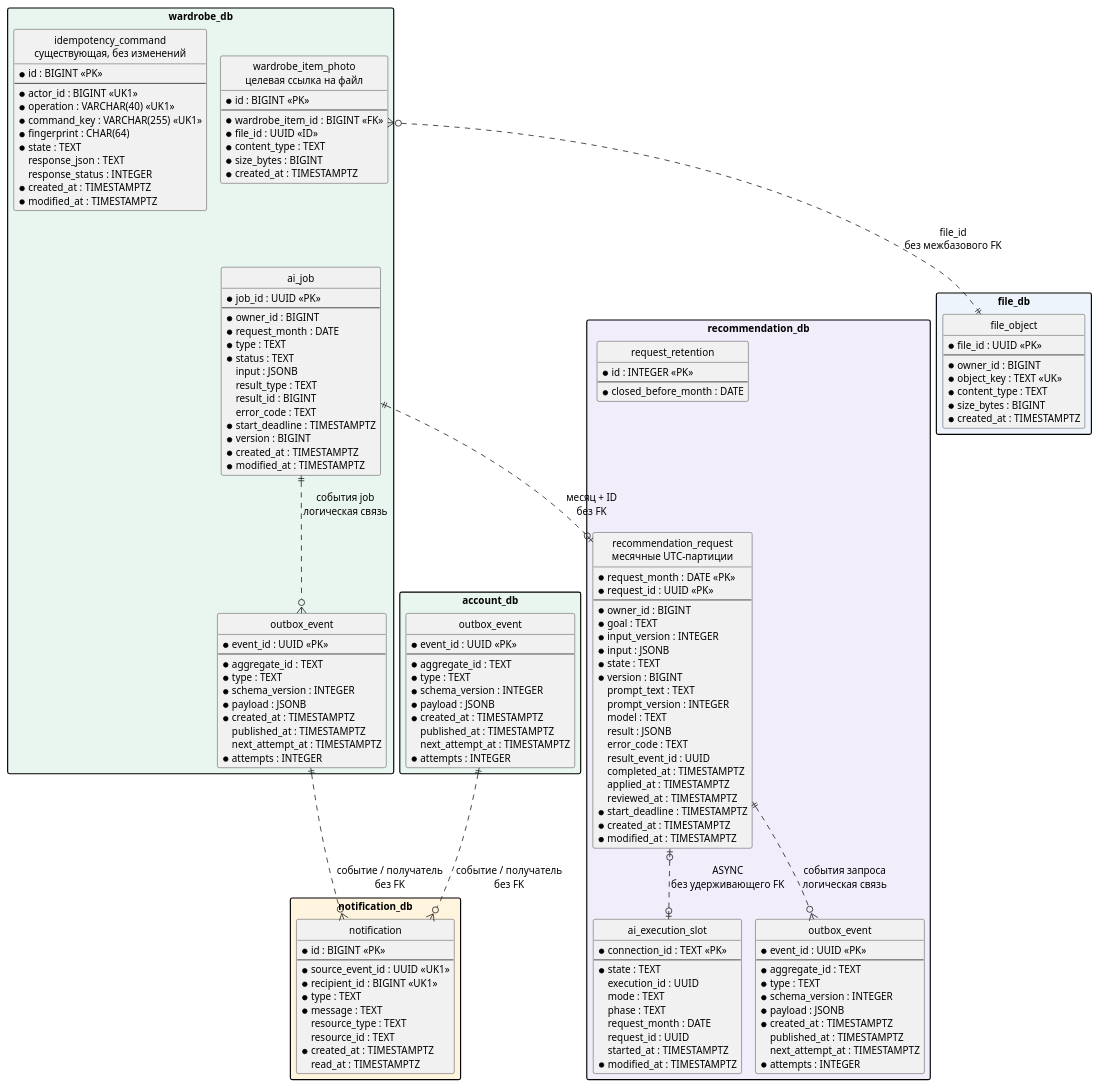
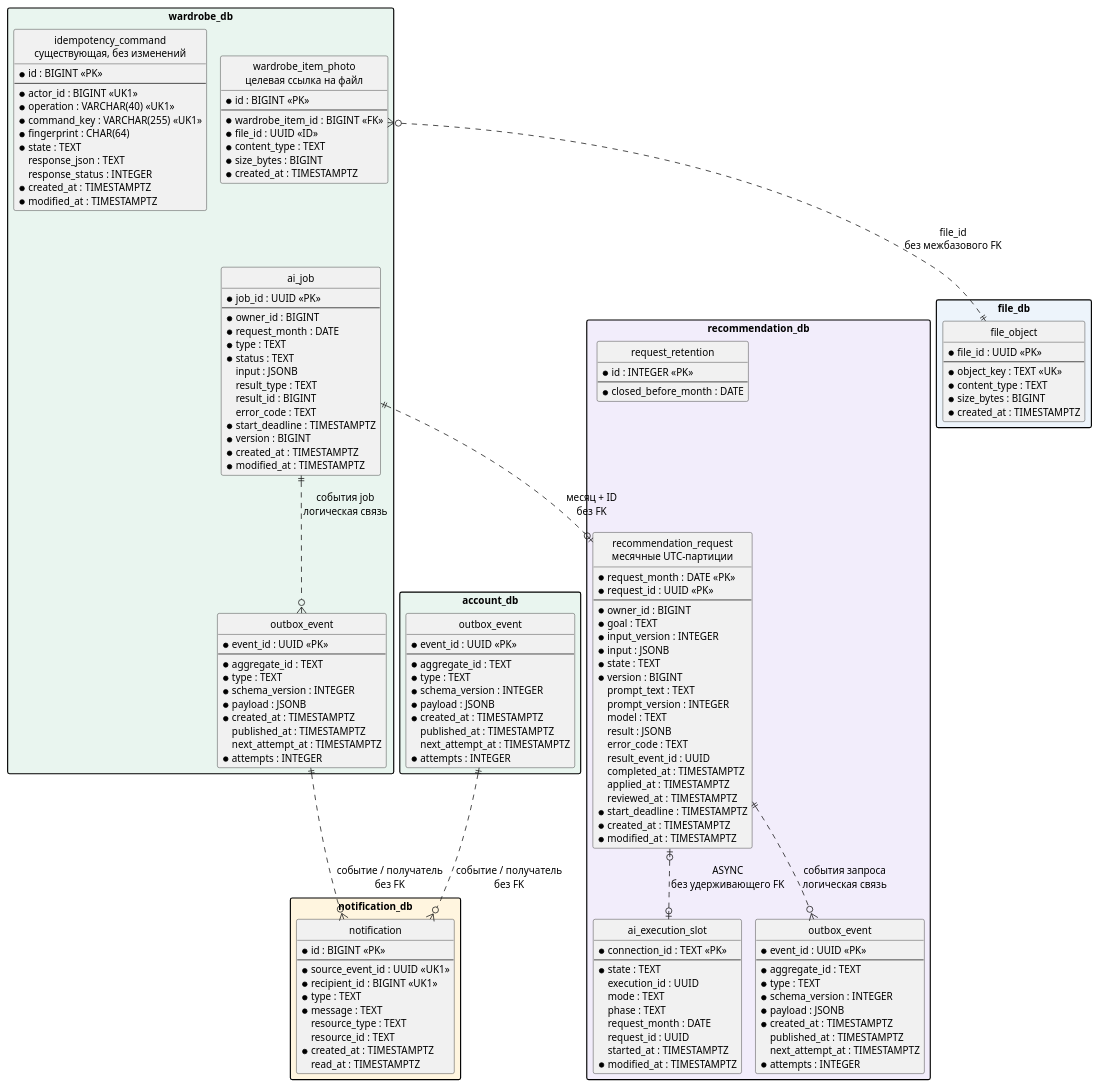
Before and after one commit to SimeonGor/clothes-advisor: the diagram in docs/lab4/diagrams/data.puml, drawn with PlantUML. The commit also changed 21 other files, not shown here.

```diff
--- a/docs/lab4/diagrams/data.puml
+++ b/docs/lab4/diagrams/data.puml
@@ -1,165 +1,164 @@
 @startuml data
 !pragma layout smetana
 skinparam backgroundColor #FFFFFF
 skinparam defaultFontName SansSerif
 skinparam defaultFontSize 13
 skinparam shadowing false
 skinparam packageStyle rectangle
 skinparam nodesep 40
 skinparam ranksep 45
 hide circle
 package "wardrobe_db" #E9F5EF {
   entity "ai_job" as job {
     * job_id : UUID <<PK>>
     --
     * owner_id : BIGINT
     * request_month : DATE
     * type : TEXT
     * status : TEXT
     input : JSONB
     result_type : TEXT
     result_id : BIGINT
     error_code : TEXT
     * start_deadline : TIMESTAMPTZ
     * version : BIGINT
     * created_at : TIMESTAMPTZ
     * modified_at : TIMESTAMPTZ
   }
   entity "idempotency_command\nсуществующая, без изменений" as idem {
     * id : BIGINT <<PK>>
     --
     * actor_id : BIGINT <<UK1>>
     * operation : VARCHAR(40) <<UK1>>
     * command_key : VARCHAR(255) <<UK1>>
     * fingerprint : CHAR(64)
     * state : TEXT
     response_json : TEXT
     response_status : INTEGER
     * created_at : TIMESTAMPTZ
     * modified_at : TIMESTAMPTZ
   }
   entity "outbox_event" as wo {
     * event_id : UUID <<PK>>
     --
     * aggregate_id : TEXT
     * type : TEXT
     * schema_version : INTEGER
     * payload : JSONB
     * created_at : TIMESTAMPTZ
     published_at : TIMESTAMPTZ
     next_attempt_at : TIMESTAMPTZ
     * attempts : INTEGER
   }
   entity "wardrobe_item_photo\nцелевая ссылка на файл" as photo {
     * id : BIGINT <<PK>>
     --
     * wardrobe_item_id : BIGINT <<FK>>
     * file_id : UUID <<ID>>
     * content_type : TEXT
     * size_bytes : BIGINT
     * created_at : TIMESTAMPTZ
   }
 }
 package "recommendation_db" #F2EDFB {
   entity "recommendation_request\nмесячные UTC-партиции" as request {
     * request_month : DATE <<PK>>
     * request_id : UUID <<PK>>
     --
     * owner_id : BIGINT
     * goal : TEXT
     * input_version : INTEGER
     * input : JSONB
     * state : TEXT
     * version : BIGINT
     prompt_text : TEXT
     prompt_version : INTEGER
     model : TEXT
     result : JSONB
     error_code : TEXT
     result_event_id : UUID
     completed_at : TIMESTAMPTZ
     applied_at : TIMESTAMPTZ
     reviewed_at : TIMESTAMPTZ
     * start_deadline : TIMESTAMPTZ
     * created_at : TIMESTAMPTZ
     * modified_at : TIMESTAMPTZ
   }
   entity "ai_execution_slot" as slot {
     * connection_id : TEXT <<PK>>
     --
     * state : TEXT
     execution_id : UUID
     mode : TEXT
     phase : TEXT
     request_month : DATE
     request_id : UUID
     started_at : TIMESTAMPTZ
     * modified_at : TIMESTAMPTZ
   }
   entity "request_retention" as retention {
     * id : INTEGER <<PK>>
     --
     * closed_before_month : DATE
   }
   entity "outbox_event" as ro {
     * event_id : UUID <<PK>>
     --
     * aggregate_id : TEXT
     * type : TEXT
     * schema_version : INTEGER
     * payload : JSONB
     * created_at : TIMESTAMPTZ
     published_at : TIMESTAMPTZ
     next_attempt_at : TIMESTAMPTZ
     * attempts : INTEGER
   }
 }
 package "file_db" #EDF4FB {
   entity "file_object" as file {
     * file_id : UUID <<PK>>
     --
-    * owner_id : BIGINT
     * object_key : TEXT <<UK>>
     * content_type : TEXT
     * size_bytes : BIGINT
     * created_at : TIMESTAMPTZ
   }
 }
 package "notification_db" #FFF5DF {
   entity "notification" as notification {
     * id : BIGINT <<PK>>
     --
     * source_event_id : UUID <<UK1>>
     * recipient_id : BIGINT <<UK1>>
     * type : TEXT
     * message : TEXT
     resource_type : TEXT
     resource_id : TEXT
     * created_at : TIMESTAMPTZ
     read_at : TIMESTAMPTZ
   }
 }
 package "account_db" #E9F5EF {
   entity "outbox_event" as ao {
     * event_id : UUID <<PK>>
     --
     * aggregate_id : TEXT
     * type : TEXT
     * schema_version : INTEGER
     * payload : JSONB
     * created_at : TIMESTAMPTZ
     published_at : TIMESTAMPTZ
     next_attempt_at : TIMESTAMPTZ
     * attempts : INTEGER
   }
 }
 job ||..o| request : месяц + ID\nбез FK
 job ||..o{ wo : события job\nлогическая связь
 request ||..o{ ro : события запроса\nлогическая связь
 request |o..o| slot : ASYNC\nбез удерживающего FK
 photo }o..|| file : file_id\nбез межбазового FK
 wo ||..o{ notification : событие / получатель\nбез FK
 ao ||..o{ notification : событие / получатель\nбез FK
 idem -[hidden]down-> job
 retention -[hidden]down-> request
 @enduml
```
